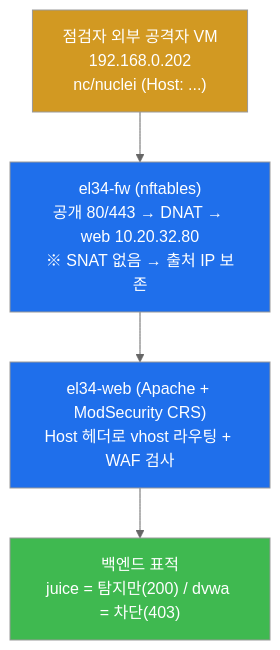
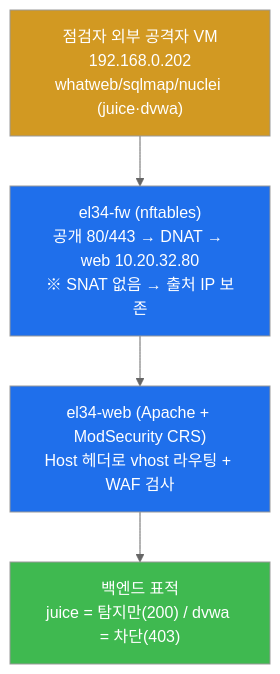
One commit to mrgrit/tw2 changed the eighth of 10 diagrams in contents/training/web-vuln/lecture_week15.md. Above: the diagram before and after it, drawn with Mermaid (neutral theme). The commit also changed other lines of this file and 25 other files, not shown here.

First line of the commit message:
fix(web-vuln): nc(raw HTTP) → 진짜 공격도구 (sqlmap/dalfox/ffuf/nikto/nuclei/hydra/whatweb)

````diff
--- a/contents/training/web-vuln/lecture_week15.md
+++ b/contents/training/web-vuln/lecture_week15.md
@@ -452,12 +452,12 @@
 ```mermaid
 graph TD
-    ATK["점검자 외부 공격자 VM<br/>192.168.0.202<br/>nc/nuclei (Host: ...)"]
+    ATK["점검자 외부 공격자 VM<br/>192.168.0.202<br/>whatweb/sqlmap/nuclei (juice·dvwa)"]
     FW["el34-fw (nftables)<br/>공개 80/443 → DNAT → web 10.20.32.80<br/>※ SNAT 없음 → 출처 IP 보존"]
     WEB["el34-web (Apache + ModSecurity CRS)<br/>Host 헤더로 vhost 라우팅 + WAF 검사"]
     APP["백엔드 표적<br/>juice = 탐지만(200) / dvwa = 차단(403)"]
     ATK --> FW --> WEB --> APP
     style ATK fill:#d29922,color:#fff
     style FW fill:#1f6feb,color:#fff
     style WEB fill:#1f6feb,color:#fff
     style APP fill:#3fb950,color:#fff
 ```
````
